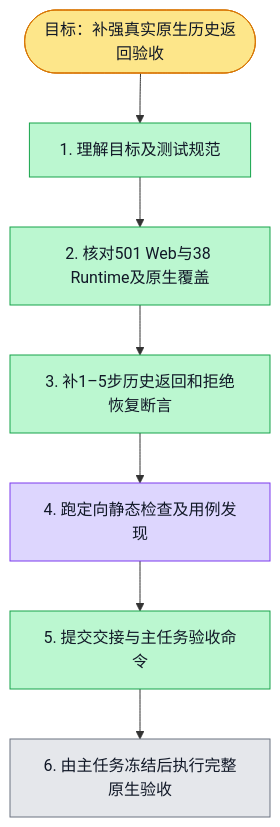
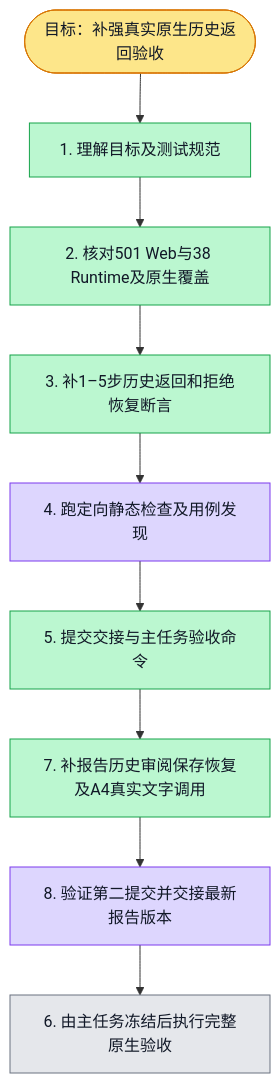
Before and after one commit to boardx/workspacex: the diagram in docs/evidence/aidt-native/completion-20261116/a6/execution.plan.md, drawn with Mermaid. The commit also changed other lines of this file and 9 other files, not shown here.

Commit message:
docs(aidt): record native report history and member text test scope

````diff
--- a/docs/evidence/aidt-native/completion-20261116/a6/execution.plan.md
+++ b/docs/evidence/aidt-native/completion-20261116/a6/execution.plan.md
@@ -17,27 +17,32 @@
 ```mermaid
 flowchart TD
   G([目标：补强真实原生历史返回验收])
   S1[1. 理解目标及测试规范]
   S2[2. 核对501 Web与38 Runtime及原生覆盖]
   S3[3. 补1–5步历史返回和拒绝恢复断言]
   S4[4. 跑定向静态检查及用例发现]
   S5[5. 提交交接与主任务验收命令]
   S6[6. 由主任务冻结后执行完整原生验收]
+  S7[7. 补报告历史审阅保存恢复及A4真实文字调用]
+  S8[8. 验证第二提交并交接最新报告版本]
 
-  G --> S1 --> S2 --> S3 --> S4 --> S5 --> S6
+  G --> S1 --> S2 --> S3 --> S4 --> S5 --> S7 --> S8 --> S6
 
   classDef todo fill:#e5e7eb,stroke:#6b7280,color:#111827
   classDef doing fill:#fde68a,stroke:#d97706,color:#111827
   classDef done fill:#bbf7d0,stroke:#16a34a,color:#111827
   classDef tested fill:#ddd6fe,stroke:#7c3aed,color:#111827
   classDef blocked fill:#fecaca,stroke:#dc2626,color:#111827
 
   class G doing
   class S1 done
   class S2 done
   class S3 done
   class S4 tested
   %% evidence S4: 最终ESLint和Playwright --list均exit0，见eslint.txt/discovery.txt；canonical testid gate真实失败另记README/validation.json，不计通过
   class S5 done
   class S6 todo
+  class S7 done
+  class S8 tested
+  %% evidence S8: 第二提交2b29d5030仅spec；最终report-history-eslint.txt、report-history-spec-semantic.txt诊断0、report-history-discovery.txt发现1例；真实native仍待S6 root执行
 ```
````
